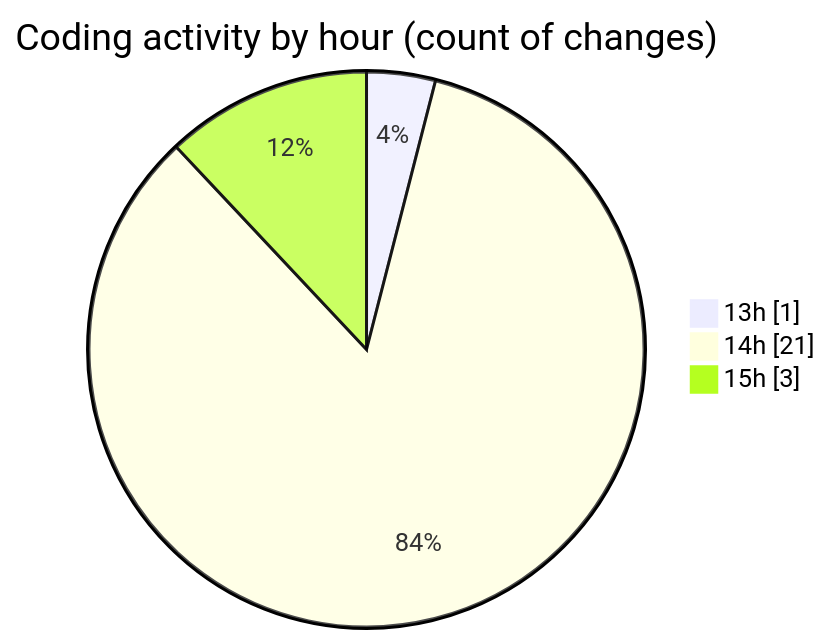
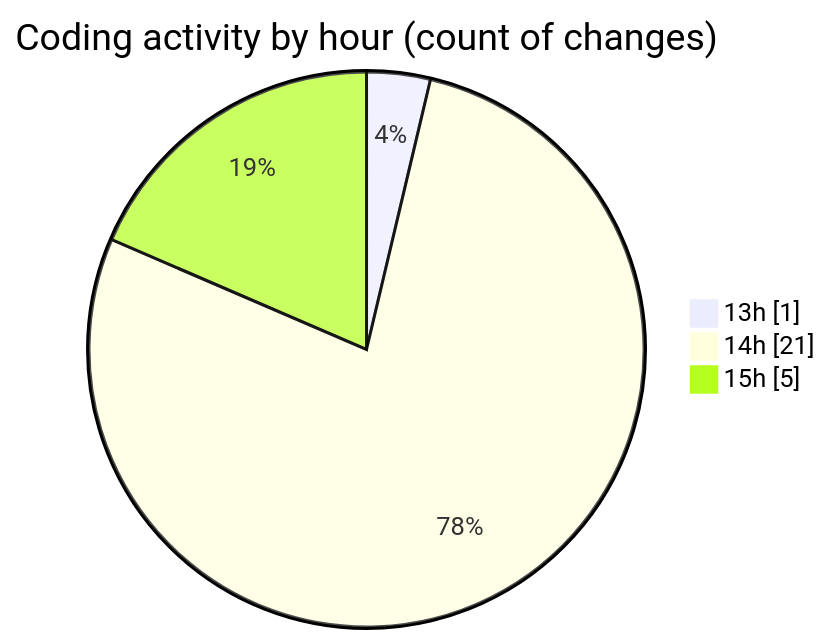
Before and after one commit to idhammustaqopulfikri/code-tracking: the second of 2 diagrams in 2025-11-01/futsal_rekomendasi/README.md, drawn with Mermaid. The commit also changed other lines of this file and 1 other file, not shown here.

````diff
--- a/2025-11-01/futsal_rekomendasi/README.md
+++ b/2025-11-01/futsal_rekomendasi/README.md
@@ -38,7 +39,7 @@
 ```mermaid
 pie showData
 title Coding activity by hour (count of changes)
 "13h" : 1
 "14h" : 21
-"15h" : 3
+"15h" : 5
 ```
````
